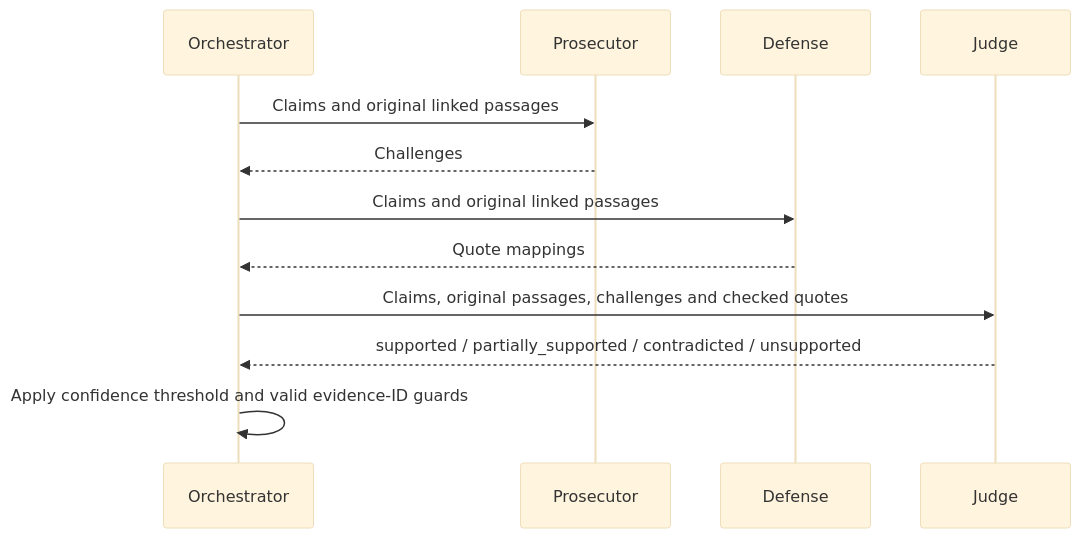
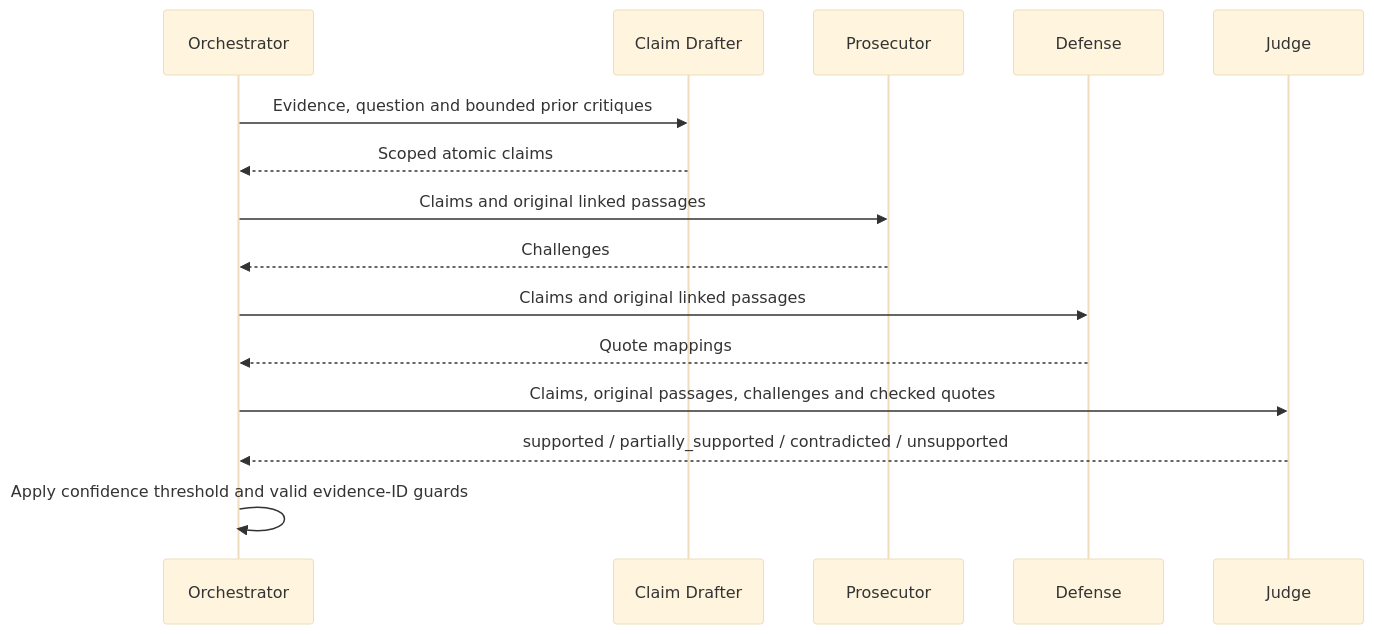
One commit to seelamramesh/deepdive changed the third of 5 diagrams in README.md. Above: the diagram before and after it, drawn with Mermaid (base theme). The commit also changed other lines of this file and 3 other files, not shown here.

````diff
--- a/README.md
+++ b/README.md
@@ -56,14 +62,17 @@
 ```mermaid
 sequenceDiagram
     participant O as Orchestrator
+    participant C as Claim Drafter
     participant P as Prosecutor
     participant D as Defense
     participant J as Judge
+    O->>C: Evidence, question and bounded prior critiques
+    C-->>O: Scoped atomic claims
     O->>P: Claims and original linked passages
     P-->>O: Challenges
     O->>D: Claims and original linked passages
     D-->>O: Quote mappings
     O->>J: Claims, original passages, challenges and checked quotes
     J-->>O: supported / partially_supported / contradicted / unsupported
     O->>O: Apply confidence threshold and valid evidence-ID guards
 ```
````
